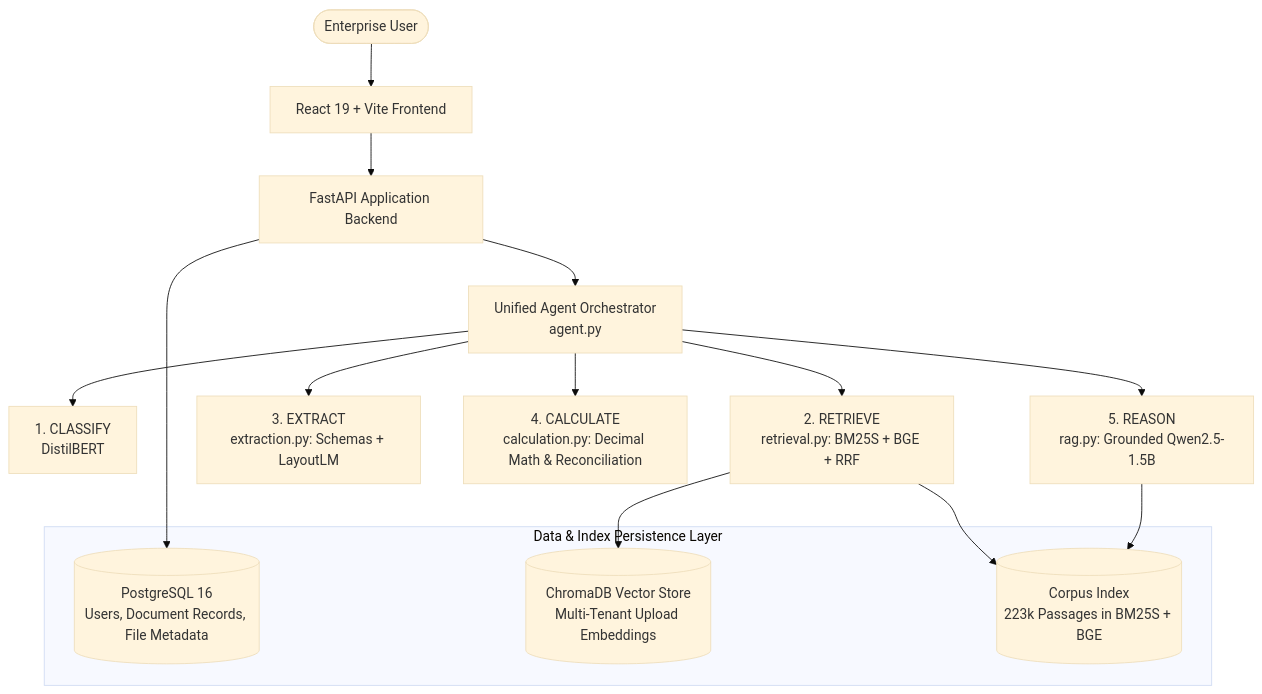
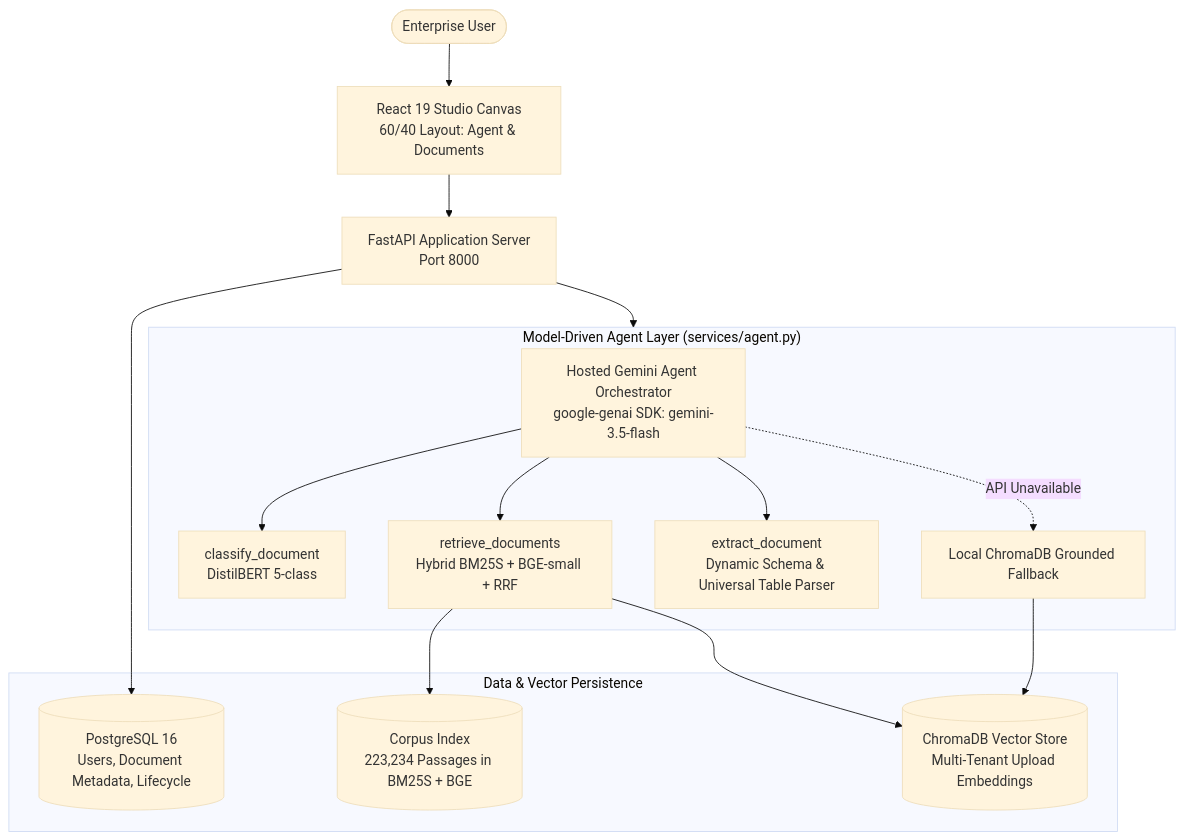
The diagram in README.md (SudeepKagi/DocuMind), drawn with Mermaid (base theme) before and after one commit. The commit also changed other lines of this file and 27 other files, not shown here.

Commit message:
feat: implement model-driven Gemini agent, unified Studio UI, resolve imports, clean project

````diff
--- a/README.md
+++ b/README.md
@@ -65,23 +47,30 @@
 ```mermaid
 flowchart TD
-    User([Enterprise User]) --> UI[React 19 + Vite Frontend]
-    UI --> API[FastAPI Application Backend]
+    User([Enterprise User]) --> UI[React 19 Studio Canvas<br/>60/40 Layout: Agent & Documents]
+    UI --> API[FastAPI Application Server<br/>Port 8000]
     
-    API --> Agent[Unified Agent Orchestrator<br/>agent.py]
-    Agent --> Classify[1. CLASSIFY<br/>DistilBERT]
-    Agent --> Retrieve[2. RETRIEVE<br/>retrieval.py: BM25S + BGE + RRF]
-    Agent --> Extract[3. EXTRACT<br/>extraction.py: Schemas + LayoutLM]
-    Agent --> Calculate[4. CALCULATE<br/>calculation.py: Decimal Math & Reconciliation]
-    Agent --> Reason[5. REASON<br/>rag.py: Grounded Qwen2.5-1.5B]
-    
-    subgraph DataLayer["Data & Index Persistence Layer"]
-        PG[(PostgreSQL 16<br/>Users, Document Records, File Metadata)]
-        ChromaStore[(ChromaDB Vector Store<br/>Multi-Tenant Upload Embeddings)]
-        CorpusIndex[(Corpus Index<br/>223k Passages in BM25S + BGE)]
+    subgraph AgentEngine["Model-Driven Agent Layer (services/agent.py)"]
+        Agent[Hosted Gemini Agent Orchestrator<br/>google-genai SDK: gemini-3.5-flash]
+        Tool1[classify_document<br/>DistilBERT 5-class]
+        Tool2[retrieve_documents<br/>Hybrid BM25S + BGE-small + RRF]
+        Tool3[extract_document<br/>Dynamic Schema & Universal Table Parser]
+        Fallback[Local ChromaDB Grounded Fallback]
+        
+        Agent --> Tool1
+        Agent --> Tool2
+        Agent --> Tool3
+        Agent -. API Unavailable .-> Fallback
     end
     
+    subgraph PersistenceLayer["Data & Vector Persistence"]
+        PG[(PostgreSQL 16<br/>Users, Document Metadata, Lifecycle)]
+        ChromaStore[(ChromaDB Vector Store<br/>Multi-Tenant Upload Embeddings)]
+        CorpusIndex[(Corpus Index<br/>223,234 Passages in BM25S + BGE)]
+    end
+    
+    API --> AgentEngine
     API --> PG
-    Retrieve --> CorpusIndex
-    Retrieve --> ChromaStore
-    Reason --> CorpusIndex
+    Tool2 --> CorpusIndex
+    Tool2 --> ChromaStore
+    Fallback --> ChromaStore
 ```
````
